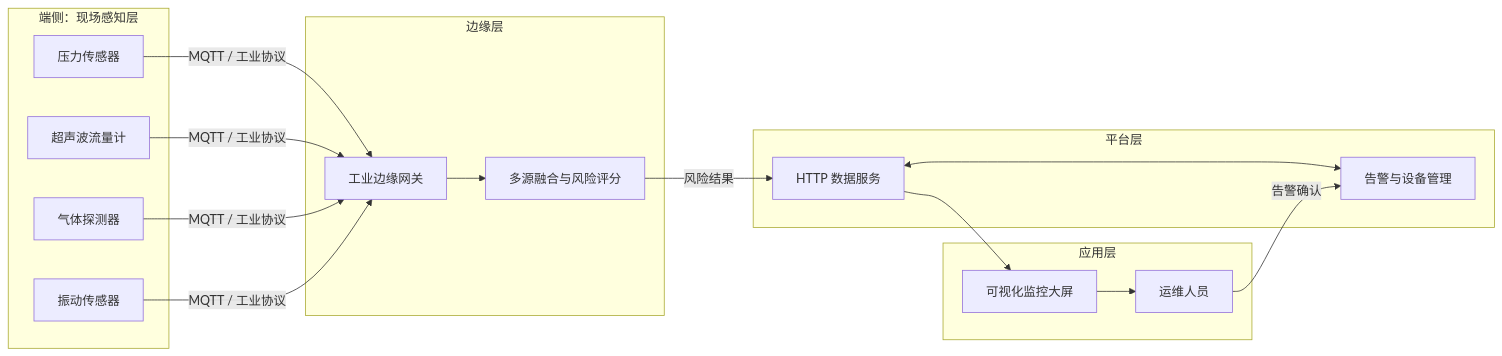
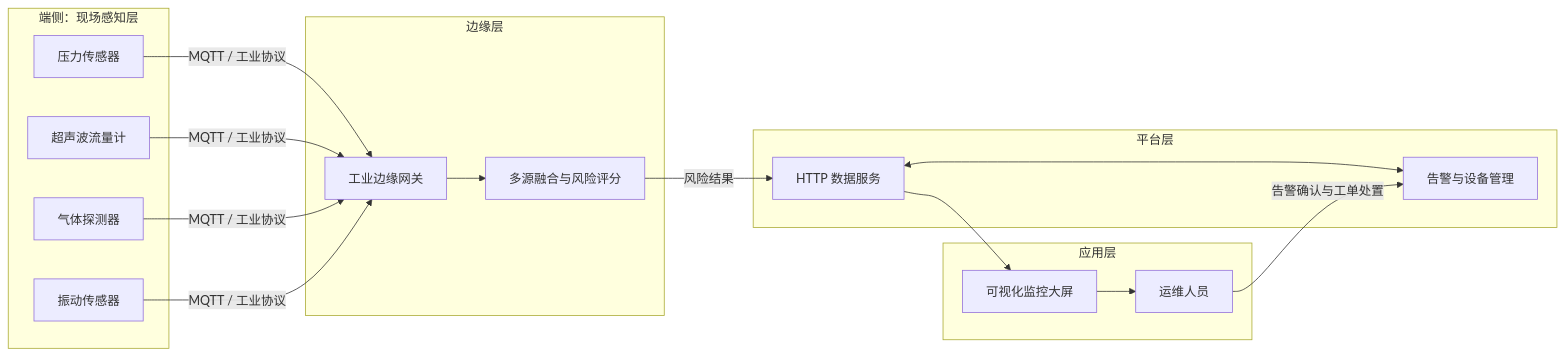
The diagram in README.md (lihanyu050826/PipeGuard), drawn with Mermaid before and after one commit. The commit also changed other lines of this file and 13 other files, not shown here.

````diff
--- a/README.md
+++ b/README.md
@@ -61,27 +66,27 @@
 ```mermaid
 flowchart LR
     subgraph Device["端侧：现场感知层"]
         P["压力传感器"]
         F["超声波流量计"]
         G["气体探测器"]
         V["振动传感器"]
     end
     subgraph Edge["边缘层"]
         GW["工业边缘网关"]
         ALG["多源融合与风险评分"]
     end
     subgraph Platform["平台层"]
         API["HTTP 数据服务"]
         EVENT["告警与设备管理"]
     end
     subgraph App["应用层"]
         DASH["可视化监控大屏"]
         USER["运维人员"]
     end
     P & F & G & V -->|MQTT / 工业协议| GW
     GW --> ALG
     ALG -->|风险结果| API
     API <--> EVENT
     API --> DASH --> USER
-    USER -->|告警确认| EVENT
+    USER -->|告警确认与工单处置| EVENT
 ```
````
